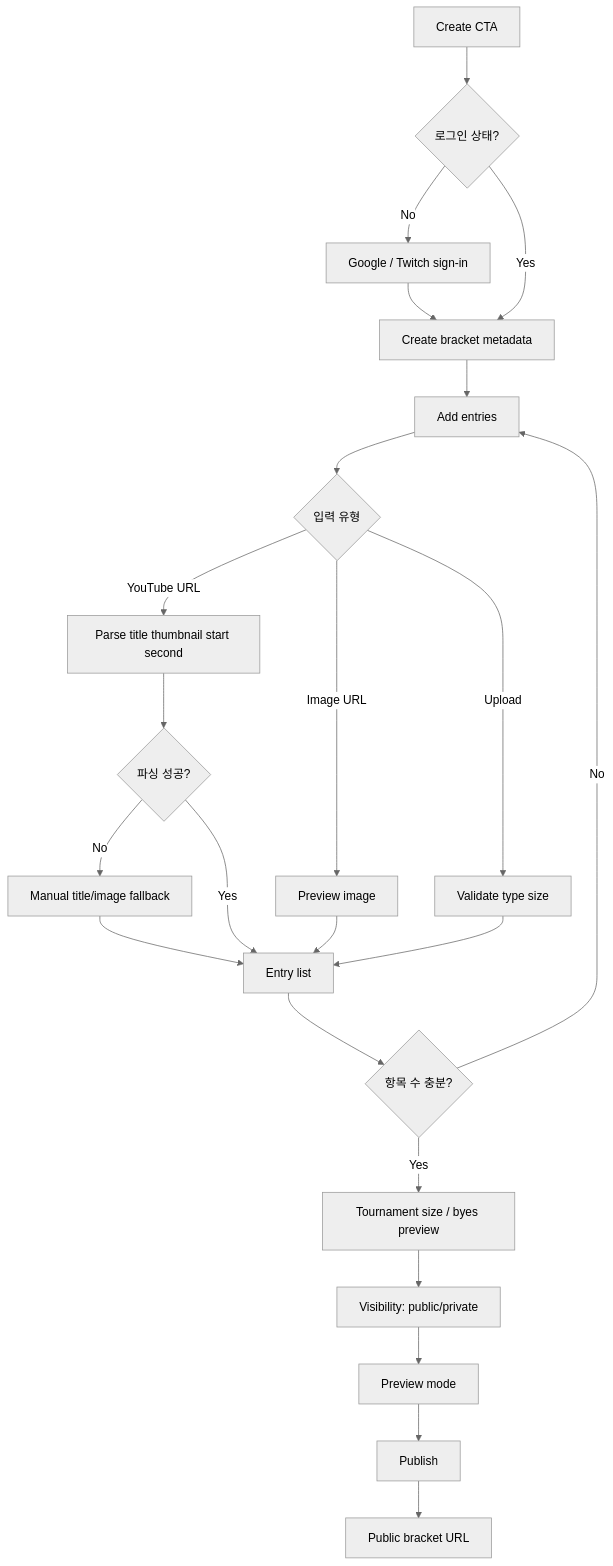
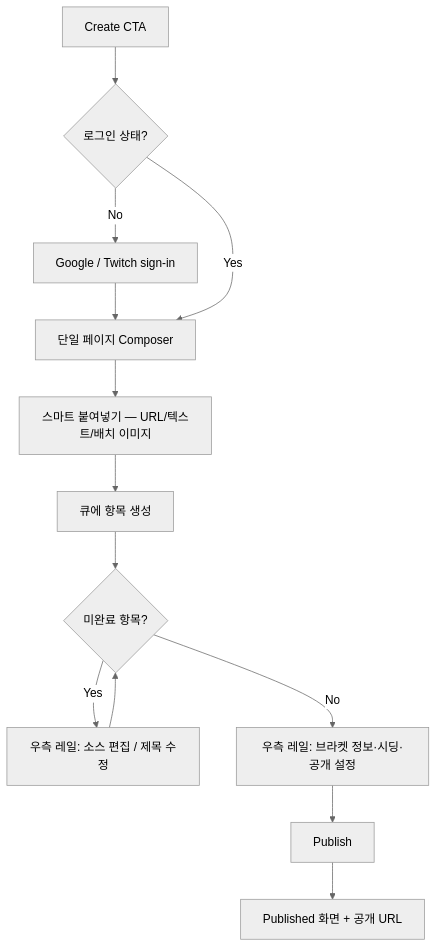
Before and after one commit to gyeongmin-lee/saveonedropone: the third of 4 diagrams in _bmad-output/planning-artifacts/ux-design-specification.md, drawn with Mermaid (neutral theme). The commit also changed other lines of this file and 17 other files, not shown here.

````diff
--- a/_bmad-output/planning-artifacts/ux-design-specification.md
+++ b/_bmad-output/planning-artifacts/ux-design-specification.md
@@ -228,25 +288,15 @@
 ```mermaid
 flowchart TD
   A[Create CTA] --> B{로그인 상태?}
   B -- No --> C[Google / Twitch sign-in]
-  C --> D[Create bracket metadata]
+  C --> D[단일 페이지 Composer]
   B -- Yes --> D
-  D --> E[Add entries]
-  E --> F{입력 유형}
-  F -- YouTube URL --> G[Parse title thumbnail start second]
-  F -- Image URL --> H[Preview image]
-  F -- Upload --> I[Validate type size]
-  G --> J{파싱 성공?}
-  J -- No --> K[Manual title/image fallback]
-  J -- Yes --> L[Entry list]
-  H --> L
-  I --> L
-  K --> L
-  L --> M{항목 수 충분?}
-  M -- No --> E
-  M -- Yes --> N[Tournament size / byes preview]
-  N --> O[Visibility: public/private]
-  O --> P[Preview mode]
-  P --> Q[Publish]
-  Q --> R[Public bracket URL]
+  D --> E[스마트 붙여넣기 — URL/텍스트/배치 이미지]
+  E --> F[큐에 항목 생성]
+  F --> G{미완료 항목?}
+  G -- Yes --> H[우측 레일: 소스 편집 / 제목 수정]
+  H --> G
+  G -- No --> I[우측 레일: 브라켓 정보·시딩·공개 설정]
+  I --> J[Publish]
+  J --> K[Published 화면 + 공개 URL]
 ```
````
